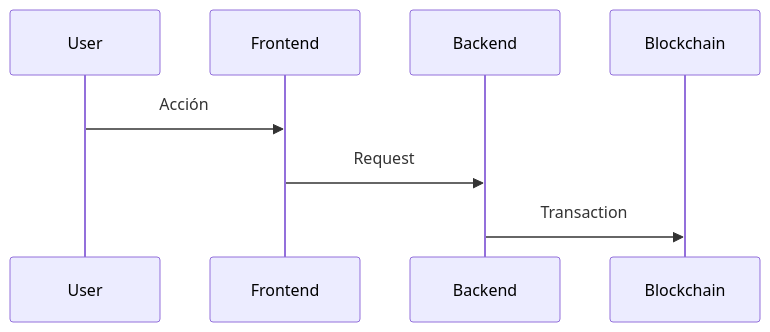
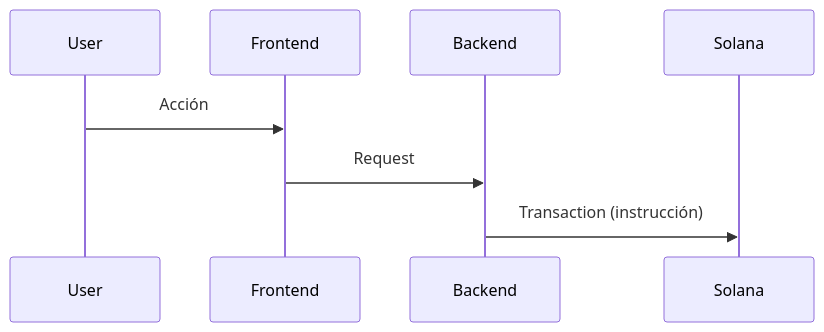
Before and after one commit to pdiazq/tfm-cacao-traceability-solana: the fourth of 7 diagrams in 20 INSTRUCCIONES DE ENTREGA.md, drawn with Mermaid. The commit also changed other lines of this file, not shown here.

````diff
--- a/20 INSTRUCCIONES DE ENTREGA.md
+++ b/20 INSTRUCCIONES DE ENTREGA.md
@@ -456,6 +478,6 @@
 ```mermaid
 sequenceDiagram
     User->>Frontend: Acción
     Frontend->>Backend: Request
-    Backend->>Blockchain: Transaction
+    Backend->>Solana: Transaction (instrucción)
 ```
````
